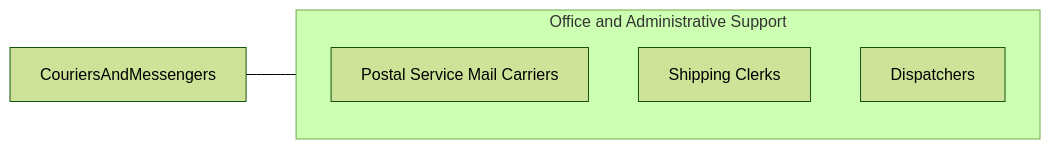
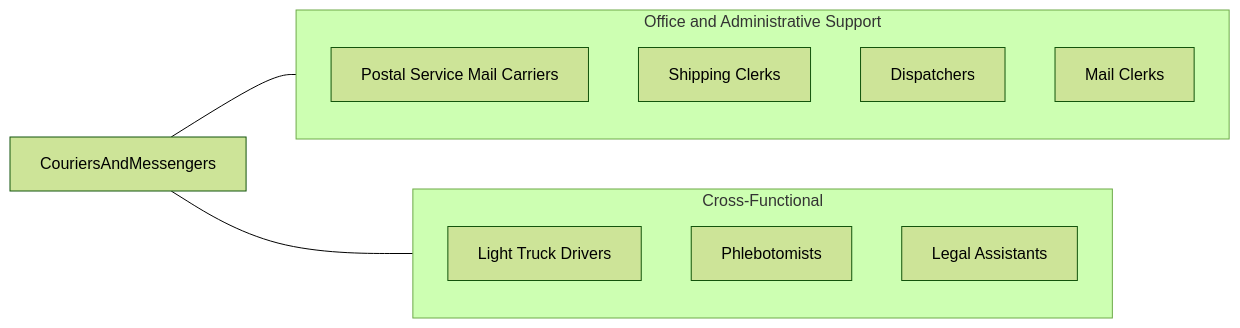
One commit to kziemski/business.org.ai changed the fourth of 4 diagrams in occupations/Administrative/CouriersAndMessengers.mdx. Above: the diagram before and after it, drawn with Mermaid (forest theme). The commit also changed other lines of this file and 13418 other files, not shown here.

First line of the commit message:
feat: add sequence diagrams and enrich occupations and industry processes

````diff
--- a/occupations/Administrative/CouriersAndMessengers.mdx
+++ b/occupations/Administrative/CouriersAndMessengers.mdx
@@ -102,12 +205,20 @@
 ```mermaid
 graph LR
     Current["CouriersAndMessengers"]
 
     subgraph SameCategory["Office and Administrative Support"]
         PostalCarriers["Postal Service Mail Carriers"]
         ShippingClerks["Shipping Clerks"]
         Dispatchers["Dispatchers"]
+        MailClerks["Mail Clerks"]
+    end
+
+    subgraph CrossFunctional["Cross-Functional"]
+        DeliveryDrivers["Light Truck Drivers"]
+        Phlebotomists["Phlebotomists"]
+        LegalAssistants["Legal Assistants"]
     end
 
     Current --- SameCategory
+    Current --- CrossFunctional
 ```
````
